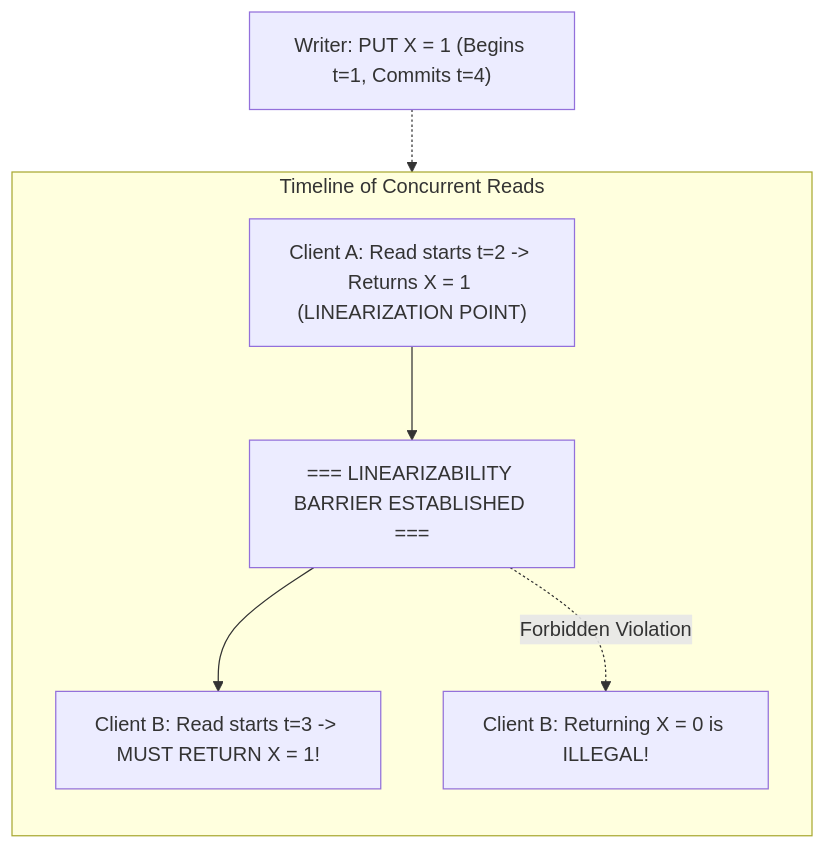
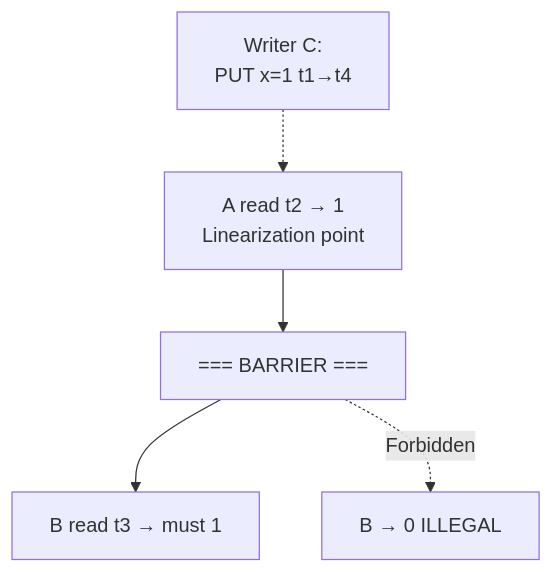
One commit to 1mimhe/books-summery changed the third of 10 diagrams in 01 Designing Data-Intensive Applications/chapter-10-consistency-and-consensus.md. Above: the diagram before and after it, drawn with Mermaid. The commit also changed other lines of this file and 2 other files, not shown here.

Commit message:
docs(book01): forensic rewrite ch08-10 (14 txn figs+XSSI, fig 9-5/Byzantine, IDs/UUID consensus)

````diff
--- a/01 Designing Data-Intensive Applications/chapter-10-consistency-and-consensus.md
+++ b/01 Designing Data-Intensive Applications/chapter-10-consistency-and-consensus.md
@@ -195,17 +224,11 @@
 ```mermaid
 flowchart TD
-  WRITE["Writer: PUT X = 1 (Begins t=1, Commits t=4)"]
-
-  subgraph READS["Timeline of Concurrent Reads"]
-    direction TB
-    R_A["Client A: Read starts t=2 -> Returns X = 1 (LINEARIZATION POINT)"]
-    BARRIER["=== LINEARIZABILITY BARRIER ESTABLISHED ==="]
-    R_B["Client B: Read starts t=3 -> MUST RETURN X = 1!"]
-    R_B_BAD["Client B: Returning X = 0 is ILLEGAL!"]
-  end
-
-  WRITE -.-> R_A
-  R_A --> BARRIER
-  BARRIER --> R_B
-  BARRIER -.->|"Forbidden Violation"| R_B_BAD
+  W["Writer C:<br/>PUT x=1 t1→t4"]
+  RA["A read t2 → 1<br/>Linearization point"]
+  BAR["=== BARRIER ==="]
+  RB["B read t3 → must 1"]
+  BAD["B → 0 ILLEGAL"]
+  W -.-> RA
+  RA --> BAR --> RB
+  BAR -.->|"Forbidden"| BAD
 ```
````
